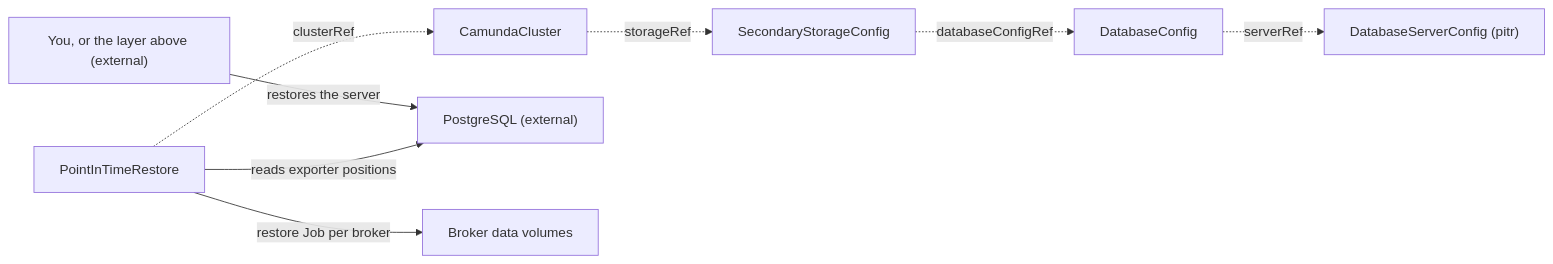
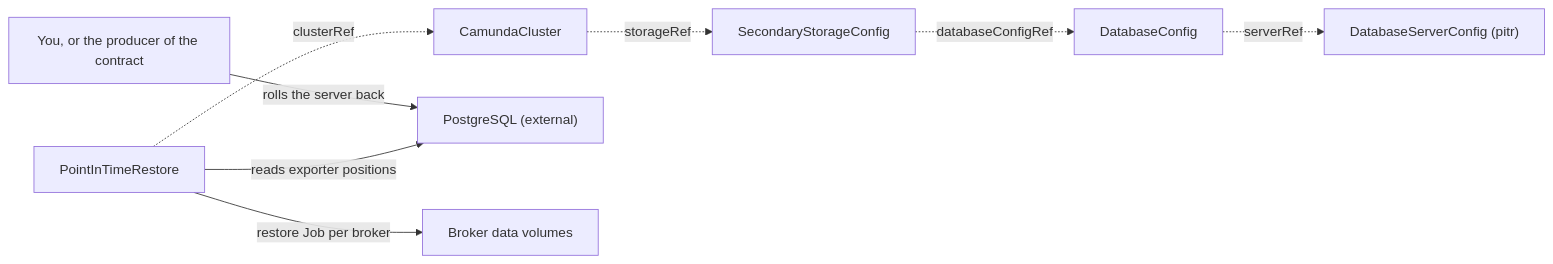
One commit to konsole-is/camunda-operator changed the diagram in docs/crds/pointintimerestore.md. Above: the diagram before and after it, drawn with Mermaid. The commit also changed other lines of this file and 36 other files, not shown here.

````diff
--- a/docs/crds/pointintimerestore.md
+++ b/docs/crds/pointintimerestore.md
@@ -46,10 +25,10 @@
 ```mermaid
 graph LR
     PITR[PointInTimeRestore] -.->|clusterRef| CC[CamundaCluster]
     CC -.->|storageRef| SSC[SecondaryStorageConfig]
     SSC -.->|databaseConfigRef| DBC[DatabaseConfig]
     DBC -.->|serverRef| DBS["DatabaseServerConfig (pitr)"]
-    EXT["You, or the layer above (external)"] -->|restores the server| PG["PostgreSQL (external)"]
+    EXT["You, or the producer of the contract"] -->|rolls the server back| PG["PostgreSQL (external)"]
     PITR -->|reads exporter positions| PG
     PITR -->|restore Job per broker| PVC[Broker data volumes]
 ```
````
